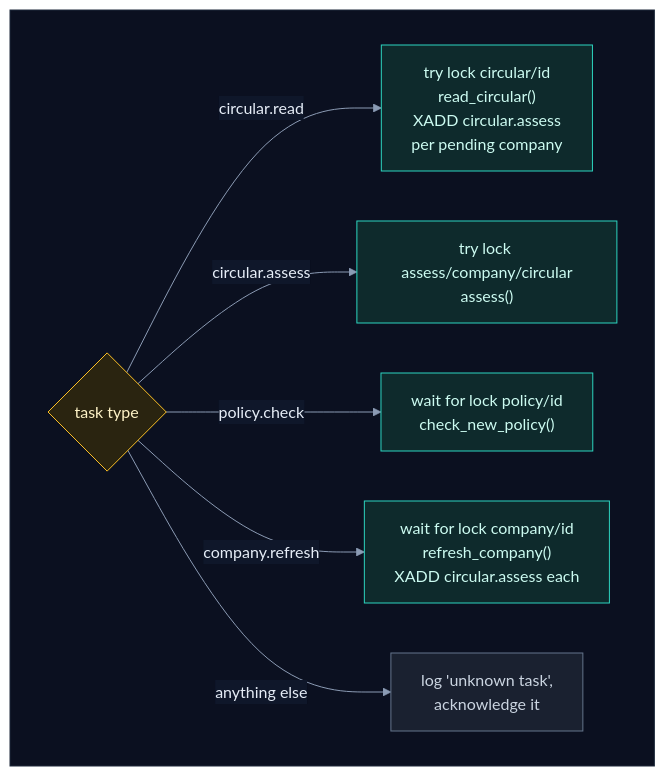
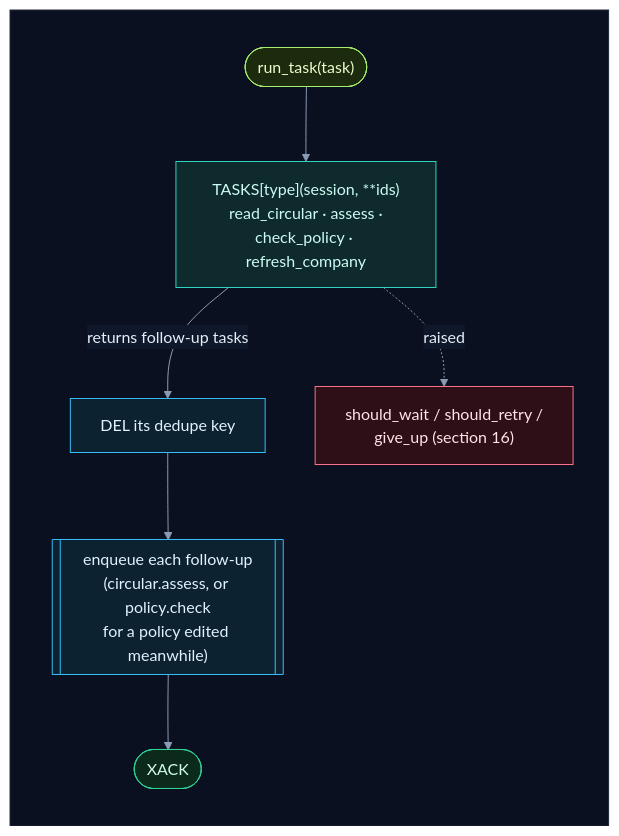
One commit to selvakumarperumal/Regulatory_Circular_Impact_Agent changed the sixth of 19 diagrams in backend/worker/INTERNALS.md. Above: the diagram before and after it, drawn with Mermaid. The commit also changed other lines of this file and 7 other files, not shown here.

Commit message:
Document the lock-free queue and policy status

````diff
--- a/backend/worker/INTERNALS.md
+++ b/backend/worker/INTERNALS.md
@@ -302,26 +292,28 @@
 ```mermaid
 %%{init: {"theme": "base", "flowchart": {"diagramPadding": 0}, "themeVariables": {"darkMode": true, "primaryColor": "#16213a", "primaryTextColor": "#e6edf7", "primaryBorderColor": "#475a7a", "lineColor": "#8b9bb4", "secondaryColor": "#1b2436", "tertiaryColor": "#101a2e", "edgeLabelBackground": "#0f172a", "textColor": "#e2e8f0", "clusterBkg": "#0f1728", "clusterBorder": "#2b3a55", "titleColor": "#c4b5fd", "nodeTextColor": "#e6edf7"}}}%%
-flowchart LR
+flowchart TD
     subgraph canvas[" "]
-        direction LR
-        t{"task type"} -->|"circular.read"| cr["try lock circular/id<br/>read_circular()<br/>XADD circular.assess<br/>per pending company"]
-        t -->|"circular.assess"| ca["try lock assess/company/circular<br/>assess()"]
-        t -->|"policy.check"| pc["wait for lock policy/id<br/>check_new_policy()"]
-        t -->|"company.refresh"| co["wait for lock company/id<br/>refresh_company()<br/>XADD circular.assess each"]
-        t -->|"anything else"| drop["log 'unknown task',<br/>acknowledge it"]
+        direction TB
+        t(["run_task(task)"]) --> fn["TASKS[type](session, **ids)<br/>read_circular · assess ·<br/>check_policy · refresh_company"]
+        fn -->|"returns follow-up tasks"| del["DEL its dedupe key"]
+        del --> xadd[["enqueue each follow-up<br/>(circular.assess, or policy.check<br/>for a policy edited meanwhile)"]]
+        xadd --> ack(["XACK"])
+        fn -.->|"raised"| fail["should_wait / should_retry /<br/>give_up (section 16)"]
     end
     classDef svc fill:#0e2a2c,stroke:#2dd4bf,color:#ccfbf1
     classDef data fill:#1c1a47,stroke:#818cf8,color:#e0e7ff
     classDef ext fill:#2a1640,stroke:#c084fc,color:#f3e8ff
     classDef gpu fill:#2d1b0c,stroke:#fb923c,color:#ffedd5
     classDef ask fill:#2a2410,stroke:#fbbf24,color:#fef3c7
     classDef ok fill:#0b2a1c,stroke:#34d399,color:#d1fae5
     classDef bad fill:#2e0f17,stroke:#fb7185,color:#ffe4e6
     classDef start fill:#1c2a0e,stroke:#a7ef6f,color:#ecfccb
     classDef muted fill:#1a2130,stroke:#64748b,color:#cbd5e1
     classDef queue fill:#0c2231,stroke:#38bdf8,color:#e0f2fe
-    class t ask
-    class cr,ca,pc,co svc
-    class drop muted
+    class t start
+    class fn svc
+    class del,xadd queue
+    class ack ok
+    class fail bad
     style canvas fill:#0b1020,stroke:#1e293b,color:#0b1020
 ```
````
